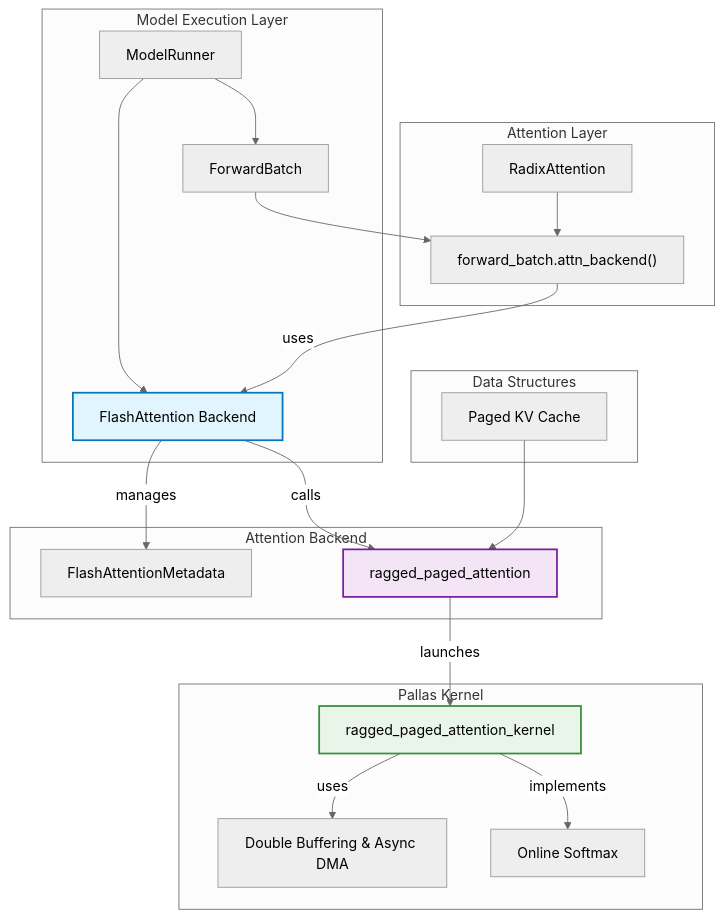
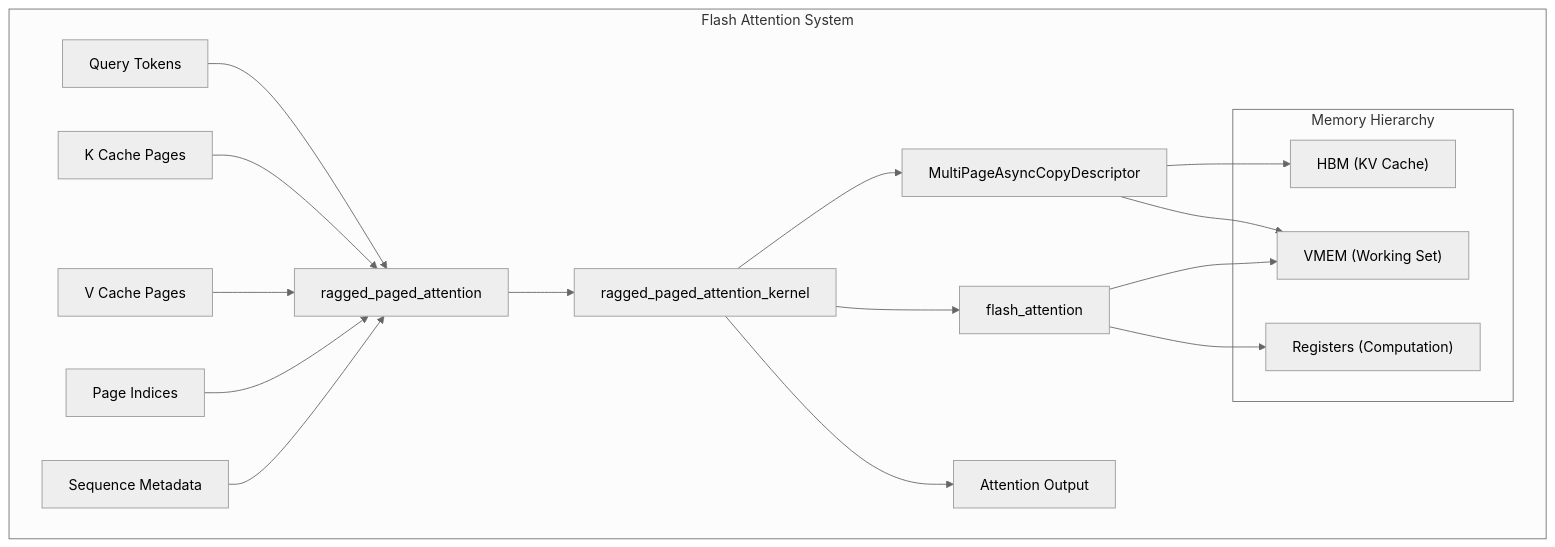
The diagram in docs/features/flash_attention_kernel.md (sgl-project/sglang-jax), drawn with Mermaid (neutral theme) before and after one commit. The commit also changed other lines of this file, not shown here.

````diff
--- a/docs/features/flash_attention_kernel.md
+++ b/docs/features/flash_attention_kernel.md
@@ -36,32 +34,28 @@
 ```mermaid
 graph TD
-    subgraph "Model Execution Layer"
-        A[ModelRunner] --> B[FlashAttention Backend]
-        A --> J[ForwardBatch]
+    subgraph "Flash Attention System"
+        A["Query Tokens"] --> B["ragged_paged_attention"]
+        C["K Cache Pages"] --> B
+        D["V Cache Pages"] --> B
+        E["Page Indices"] --> B
+        F["Sequence Metadata"] --> B
+        
+        B --> G["ragged_paged_attention_kernel"]
+        
+        G --> H["MultiPageAsyncCopyDescriptor"]
+        G --> I["flash_attention"]
+        
+        subgraph "Memory Hierarchy"
+            J["HBM (KV Cache)"]
+            K["VMEM (Working Set)"]
+            L["Registers (Computation)"]
+        end
+        
+        H --> J
+        H --> K
+        I --> K
+        I --> L
+        
+        G --> M["Attention Output"]
     end
-
-    subgraph "Attention Layer"
-        C[RadixAttention] --> D["forward_batch.attn_backend()"]
-        J --> D
-    end
-
-    subgraph "Attention Backend"
-        D -- "uses" --> B
-        B -- "manages" --> E[FlashAttentionMetadata]
-        B -- "calls" --> F[ragged_paged_attention]
-    end
-
-    subgraph "Pallas Kernel"
-        F -- "launches" --> G[ragged_paged_attention_kernel]
-        G -- "uses" --> H[Double Buffering & Async DMA]
-        G -- "implements" --> I[Online Softmax]
-    end
-
-    subgraph "Data Structures"
-        K[Paged KV Cache] --> F
-    end
-
-    style B fill:#e1f5fe,stroke:#0277bd,stroke-width:2px
-    style F fill:#f3e5f5,stroke:#7b1fa2,stroke-width:2px
-    style G fill:#e8f5e8,stroke:#388e3c,stroke-width:2px
 ```
````
